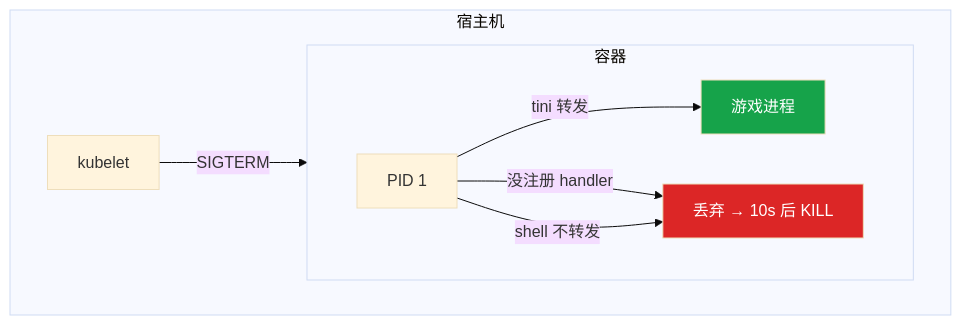
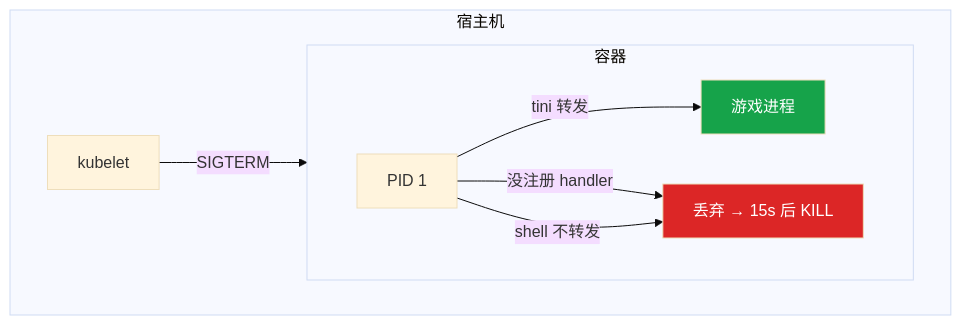
Before and after one commit to ml-cuizijun/LearnToLilith: the eighth of 9 diagrams in 01-基础底座/05-进程与信号/知识点.md, drawn with Mermaid (base theme). The commit also changed other lines of this file and 56 other files, not shown here.

````diff
--- a/01-基础底座/05-进程与信号/知识点.md
+++ b/01-基础底座/05-进程与信号/知识点.md
@@ -734,17 +734,17 @@
 ```mermaid
 flowchart TB
     subgraph host ["宿主机"]
         kube[kubelet] -->|"SIGTERM"| box
     end
     subgraph box ["容器"]
         p1[PID 1]
         p1 -->|tini 转发| app[游戏进程]
-        p1 -->|没注册 handler| drop[丢弃 → 10s 后 KILL]
+        p1 -->|没注册 handler| drop[丢弃 → 15s 后 KILL]
         p1 -->|shell 不转发| drop
     end
 
     classDef ok fill:#16A34A,color:#fff
     classDef bad fill:#DC2626,color:#fff
     class app ok
     class drop bad
 ```
````
